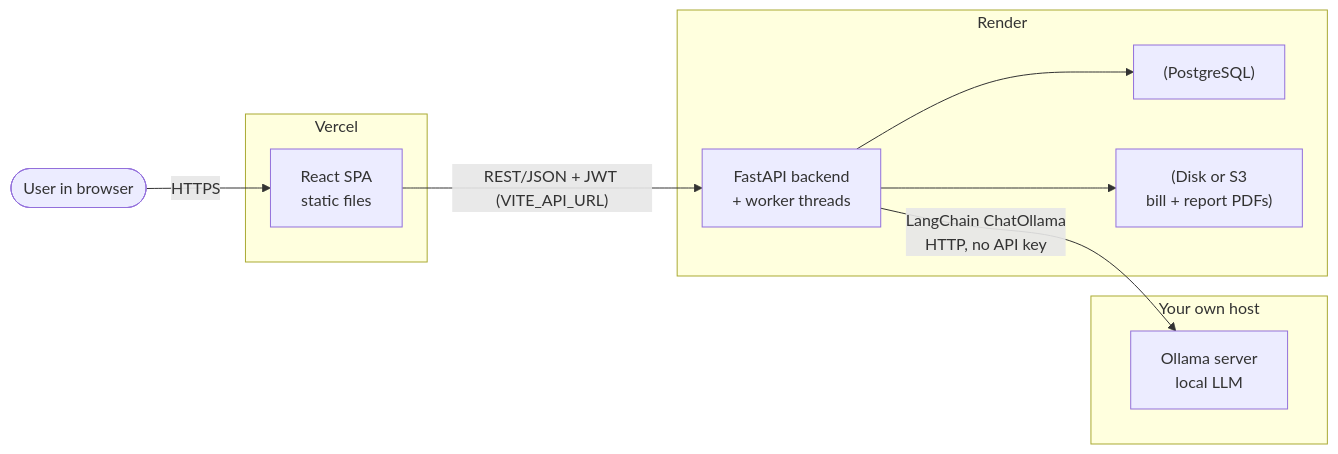
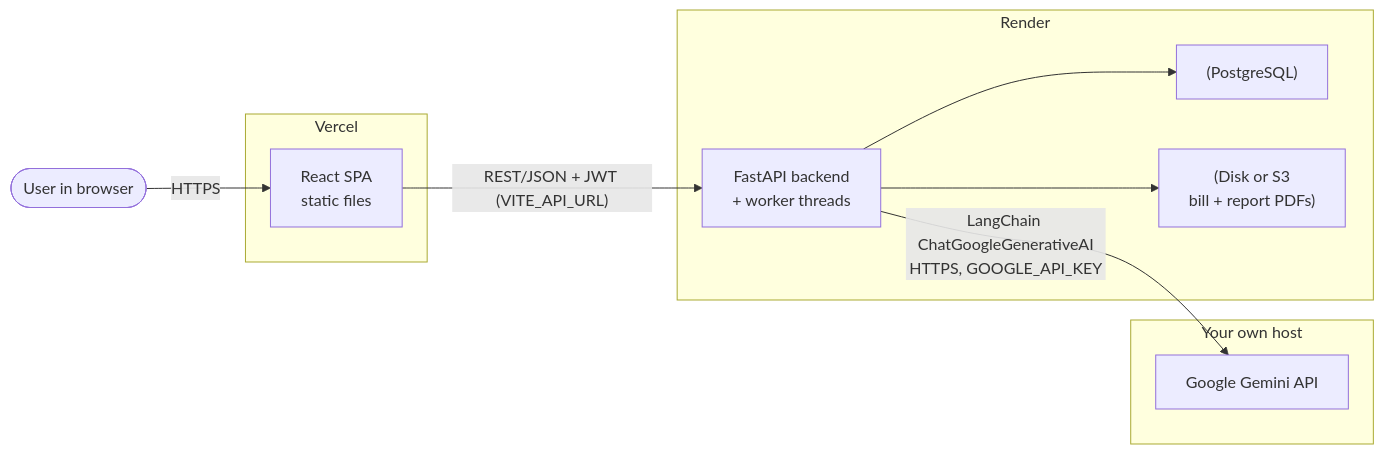
Before and after one commit to SaiKeerthanaPalavalasa28/GreenTrace: the first of 16 diagrams in docs/ARCHITECTURE.md, drawn with Mermaid. The commit also changed other lines of this file and 12 other files, not shown here.

````diff
--- a/docs/ARCHITECTURE.md
+++ b/docs/ARCHITECTURE.md
@@ -34,21 +34,21 @@
 ```mermaid
 flowchart LR
     U([User in browser])
     subgraph Vercel
       FE["React SPA<br/>static files"]
     end
     subgraph Render
       API["FastAPI backend<br/>+ worker threads"]
       DB["(PostgreSQL)"]
       FS["(Disk or S3<br/>bill + report PDFs)"]
     end
     subgraph "Your own host"
-      OL["Ollama server<br/>local LLM"]
+      OL["Google Gemini API"]
     end
 
     U -->|HTTPS| FE
     FE -->|"REST/JSON + JWT (VITE_API_URL)"| API
     API --> DB
     API --> FS
-    API -->|"LangChain ChatOllama<br/>HTTP, no API key"| OL
+    API -->|"LangChain ChatGoogleGenerativeAI<br/>HTTPS, GOOGLE_API_KEY"| OL
 ```
````
